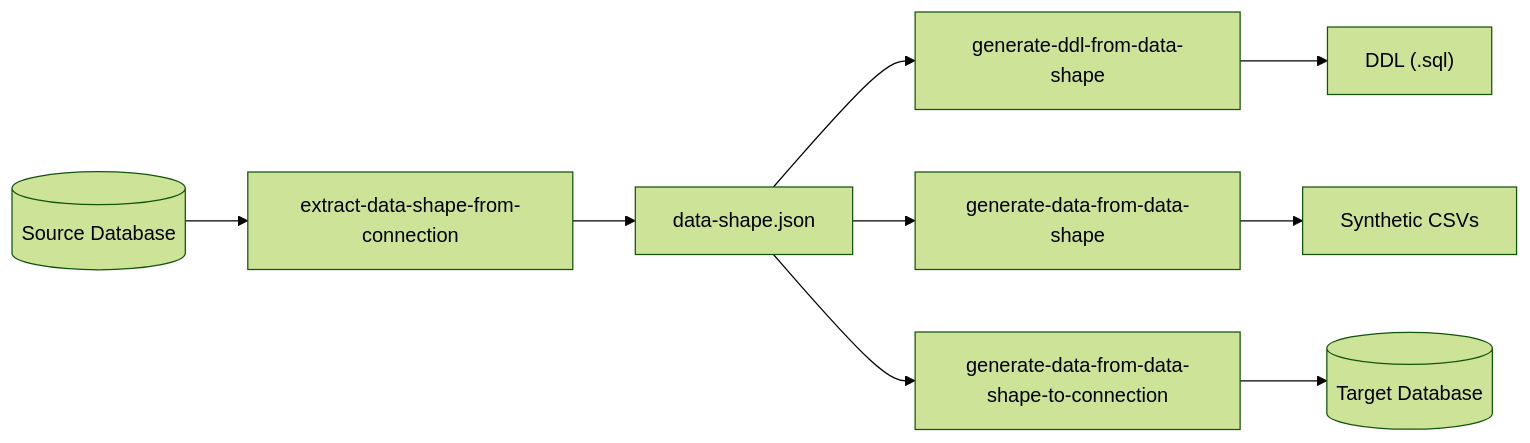
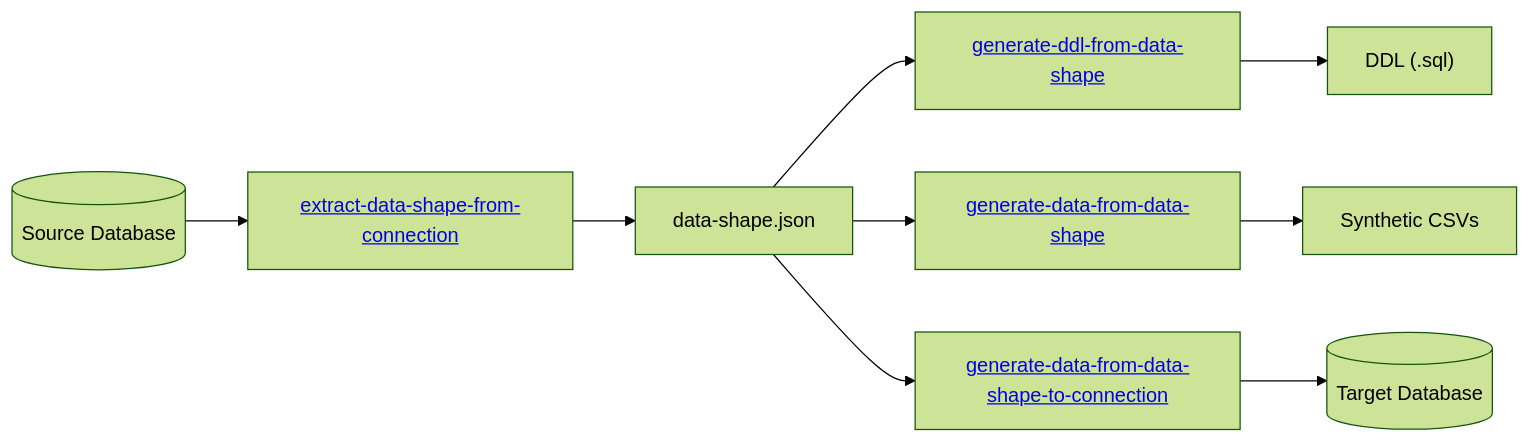
The third of 6 diagrams in README.md (AtScaleInc/ps-utils), drawn with Mermaid (forest theme) before and after one commit. The commit also changed other lines of this file and 34 other files, not shown here.

````diff
--- a/README.md
+++ b/README.md
@@ -62,11 +47,8 @@
 ```mermaid
+%%{init: {"flowchart": {"htmlLabels": true}} }%%
 flowchart LR
-    DB[("Source Database")] --> A["extract-data-shape-from-connection"] --> SHAPE["data-shape.json"]
-    SHAPE --> B["generate-ddl-from-data-shape"] --> DDL["DDL (.sql)"]
-    SHAPE --> C["generate-data-from-data-shape"] --> CSV["Synthetic CSVs"]
-    SHAPE --> D["generate-data-from-data-shape-to-connection"] --> TARGET[("Target Database")]
-    click A href "#extract-data-shape-from-connection"
-    click B href "#generate-ddl-from-data-shape"
-    click C href "#generate-data-from-data-shape"
-    click D href "#generate-data-from-data-shape-to-connection"
+    DB[("Source Database")] --> A["<a href='#extract-data-shape-from-connection'>extract-data-shape-from-connection</a>"] --> SHAPE["data-shape.json"]
+    SHAPE --> B["<a href='#generate-ddl-from-data-shape'>generate-ddl-from-data-shape</a>"] --> DDL["DDL (.sql)"]
+    SHAPE --> C["<a href='#generate-data-from-data-shape'>generate-data-from-data-shape</a>"] --> CSV["Synthetic CSVs"]
+    SHAPE --> D["<a href='#generate-data-from-data-shape-to-connection'>generate-data-from-data-shape-to-connection</a>"] --> TARGET[("Target Database")]
 ```
````
